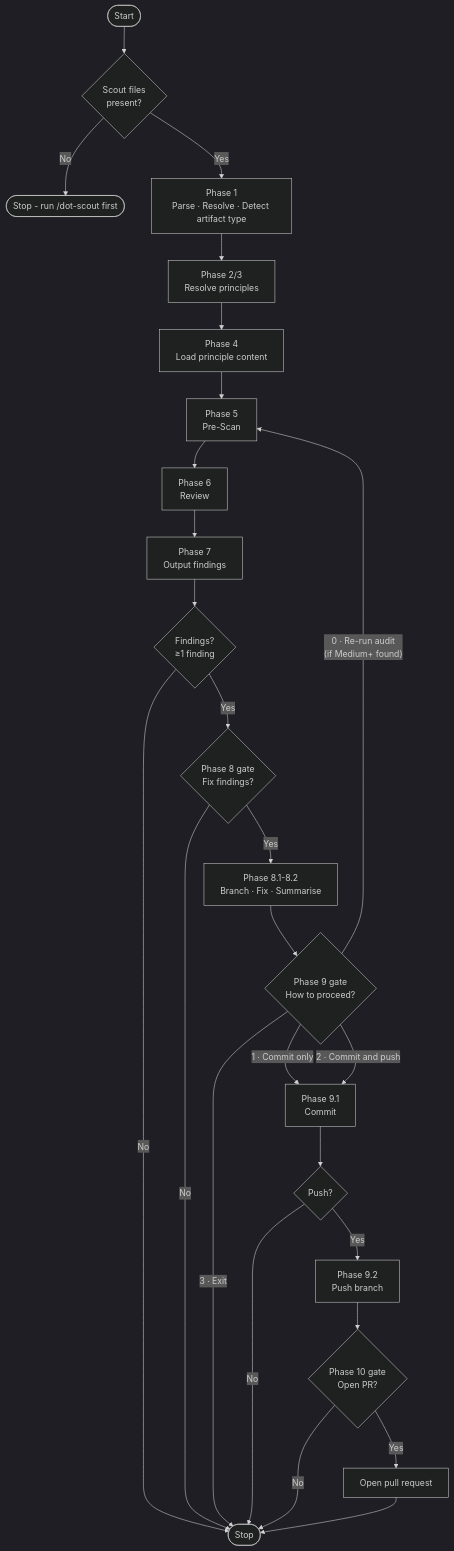
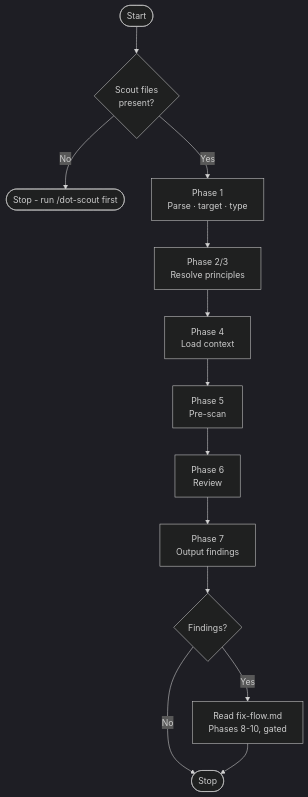
Before and after one commit to robocode-dev/tank-royale: the diagram in .agents/skills/dot-audit/SKILL.md, drawn with Mermaid (dark theme). The commit also changed other lines of this file and 30 other files, not shown here.

````diff
--- a/.agents/skills/dot-audit/SKILL.md
+++ b/.agents/skills/dot-audit/SKILL.md
@@ -30,28 +28,23 @@
 ```mermaid
 flowchart TD
-    A([Start]) --> PRE{Scout files\npresent?}
+    A([Start]) --> PRE{Scout files
+present?}
     PRE -- No --> HALT([Stop - run /dot-scout first])
-    PRE -- Yes --> P1[Phase 1\nParse · Resolve · Detect artifact type]
-    P1 --> P2[Phase 2/3\nResolve principles]
-    P2 --> P4[Phase 4\nLoad principle content]
-    P4 --> P5[Phase 5\nPre-Scan]
-    P5 --> P6[Phase 6\nReview]
-    P6 --> P7[Phase 7\nOutput findings]
-    P7 --> G8{Findings?\n≥1 finding}
+    PRE -- Yes --> P1[Phase 1
+Parse · target · type]
+    P1 --> P2[Phase 2/3
+Resolve principles]
+    P2 --> P4[Phase 4
+Load context]
+    P4 --> P5[Phase 5
+Pre-scan]
+    P5 --> P6[Phase 6
+Review]
+    P6 --> P7[Phase 7
+Output findings]
+    P7 --> G8{Findings?}
     G8 -- No --> DONE([Stop])
-    G8 -- Yes --> Q8{Phase 8 gate\nFix findings?}
-    Q8 -- No --> DONE
-    Q8 -- Yes --> FIX[Phase 8.1-8.2\nBranch · Fix · Summarise]
-    FIX --> Q9{Phase 9 gate\nHow to proceed?}
-    Q9 -- "0 · Re-run audit\n(if Medium+ found)" --> P5
-    Q9 -- "3 · Exit" --> DONE
-    Q9 -- "1 · Commit only" --> CMT[Phase 9.1\nCommit]
-    Q9 -- "2 · Commit and push" --> CMT
-    CMT --> PUSH{Push?}
-    PUSH -- No --> DONE
-    PUSH -- Yes --> PUSHSTEP[Phase 9.2\nPush branch]
-    PUSHSTEP --> Q10{Phase 10 gate\nOpen PR?}
-    Q10 -- No --> DONE
-    Q10 -- Yes --> PR[Open pull request]
-    PR --> DONE
+    G8 -- Yes --> FF[Read fix-flow.md
+Phases 8-10, gated]
+    FF --> DONE
 ```
````
